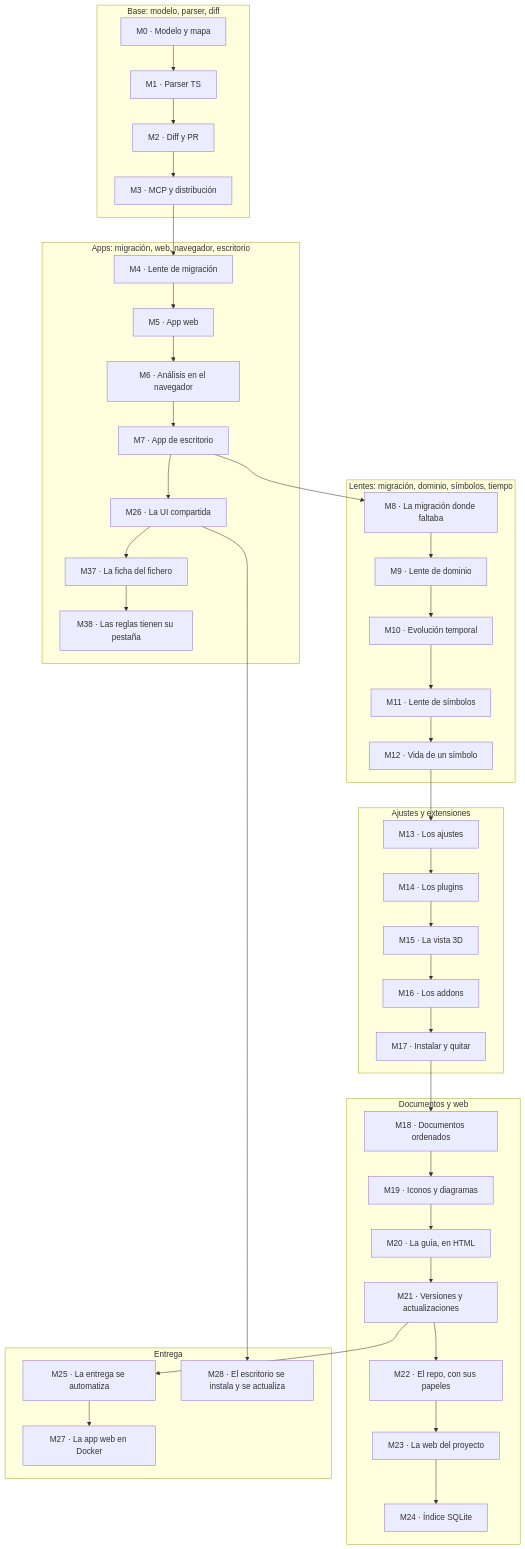
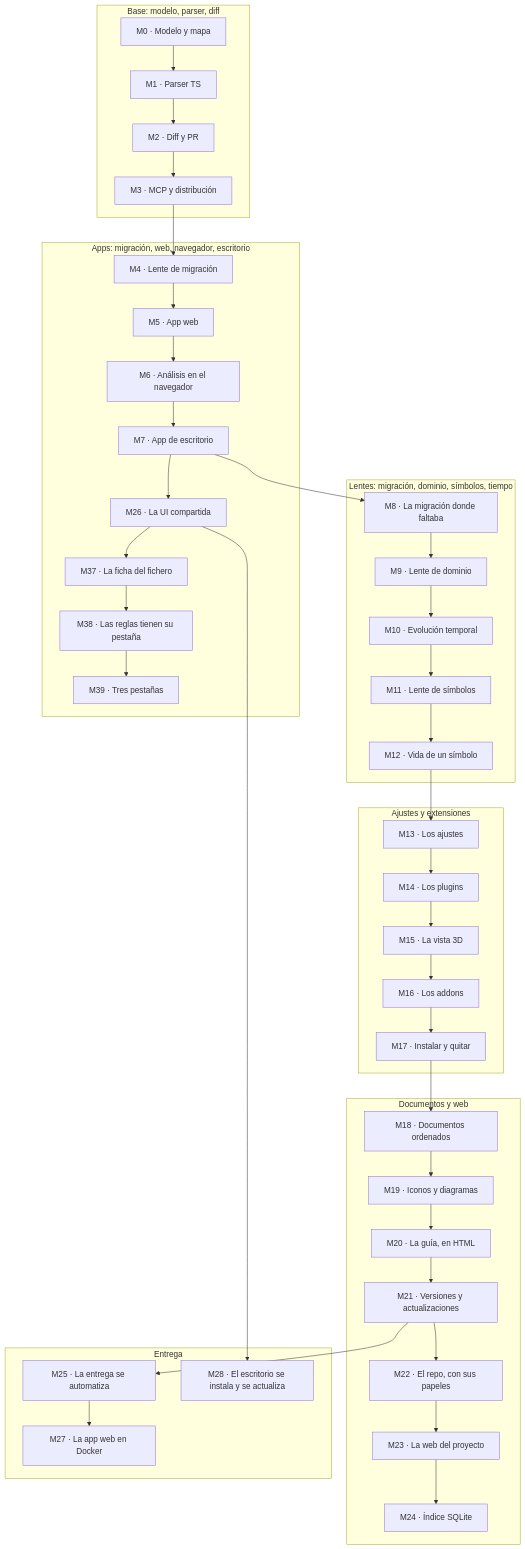
The diagram in apps/site/docs/adr/roadmap.md (jaminsmoke/codarch), drawn with Mermaid before and after one commit. The commit also changed other lines of this file and 5 other files, not shown here.

````diff
--- a/apps/site/docs/adr/roadmap.md
+++ b/apps/site/docs/adr/roadmap.md
@@ -38,46 +38,47 @@
 ```mermaid
 flowchart TD
   subgraph base["Base: modelo, parser, diff"]
     M0["M0 · Modelo y mapa"] --> M1["M1 · Parser TS"]
     M1 --> M2["M2 · Diff y PR"]
     M2 --> M3["M3 · MCP y distribución"]
   end
   subgraph apps["Apps: migración, web, navegador, escritorio"]
     M4["M4 · Lente de migración"] --> M5["M5 · App web"]
     M5 --> M6["M6 · Análisis en el navegador"]
     M6 --> M7["M7 · App de escritorio"]
     M7 --> M26["M26 · La UI compartida"]
     M26 --> M37["M37 · La ficha del fichero"]
     M37 --> M38["M38 · Las reglas tienen su pestaña"]
+    M38 --> M39["M39 · Tres pestañas"]
   end
   subgraph lentes["Lentes: migración, dominio, símbolos, tiempo"]
     M8["M8 · La migración donde faltaba"] --> M9["M9 · Lente de dominio"]
     M9 --> M10["M10 · Evolución temporal"]
     M10 --> M11["M11 · Lente de símbolos"]
     M11 --> M12["M12 · Vida de un símbolo"]
   end
   subgraph ext["Ajustes y extensiones"]
     M13["M13 · Los ajustes"] --> M14["M14 · Los plugins"]
     M14 --> M15["M15 · La vista 3D"]
     M15 --> M16["M16 · Los addons"]
     M16 --> M17["M17 · Instalar y quitar"]
   end
   subgraph docs["Documentos y web"]
     M18["M18 · Documentos ordenados"] --> M19["M19 · Iconos y diagramas"]
     M19 --> M20["M20 · La guía, en HTML"]
     M20 --> M21["M21 · Versiones y actualizaciones"]
     M21 --> M22["M22 · El repo, con sus papeles"]
     M22 --> M23["M23 · La web del proyecto"]
     M23 --> M24["M24 · Índice SQLite"]
   end
   subgraph delivery["Entrega"]
     M25["M25 · La entrega se automatiza"]
     M25 --> M27["M27 · La app web en Docker"]
     M26 --> M28["M28 · El escritorio se instala y se actualiza"]
   end
   M3 --> M4
   M7 --> M8
   M12 --> M13
   M17 --> M18
   M21 --> M25
 ```
````
